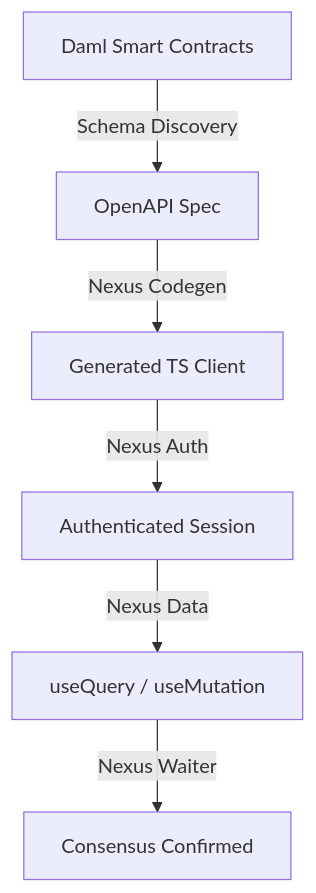
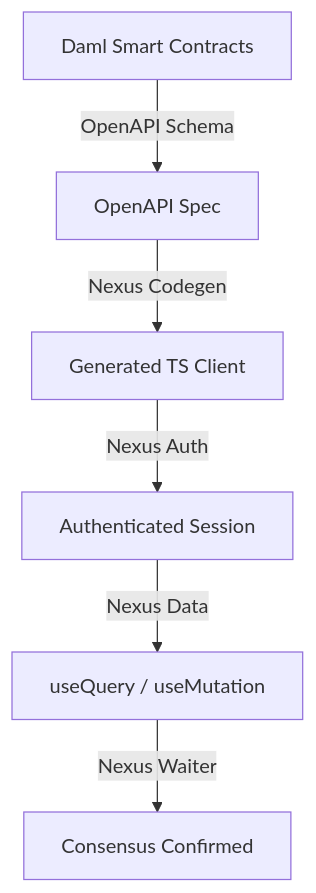
One commit to canton-foundation/canton-dev-fund changed the diagram in proposals/nexus-framework.md. Above: the diagram before and after it, drawn with Mermaid. The commit also changed other lines of this file, not shown here.

````diff
--- a/proposals/nexus-framework.md
+++ b/proposals/nexus-framework.md
@@ -39,8 +48,8 @@
 ```mermaid
 graph TD
-    Daml[Daml Smart Contracts] -->|Schema Discovery| OA[OpenAPI Spec]
+    Daml[Daml Smart Contracts] -->|OpenAPI Schema| OA[OpenAPI Spec]
     OA -->|Nexus Codegen| TS[Generated TS Client]
     TS -->|Nexus Auth| Auth[Authenticated Session]
     Auth -->|Nexus Data| UI[useQuery / useMutation]
     UI -->|Nexus Waiter| CM[Consensus Confirmed]
 ```
````
